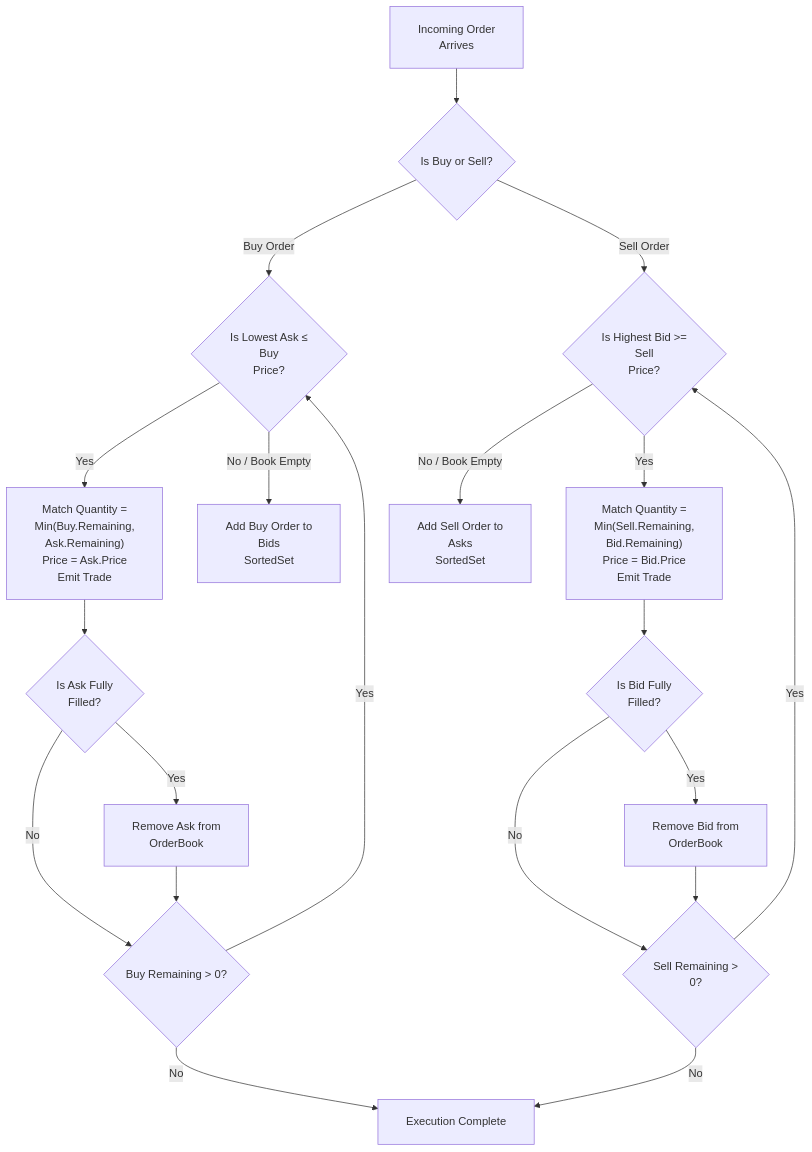
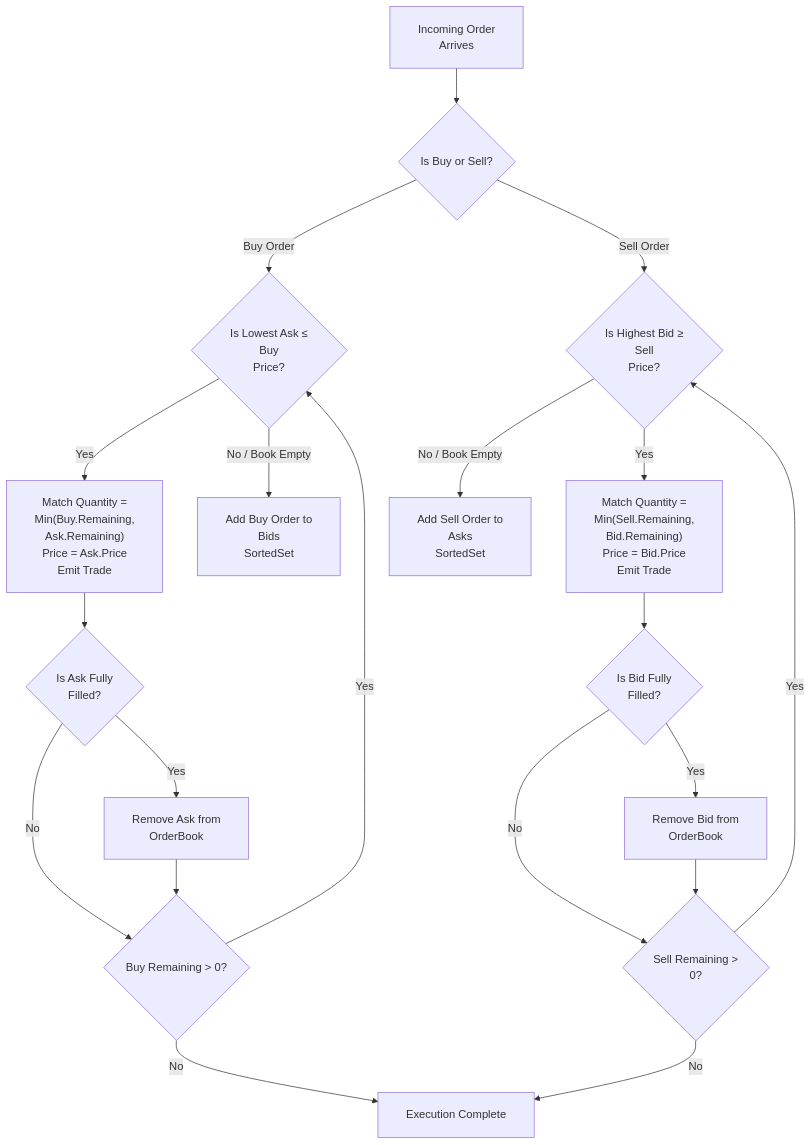
Before and after one commit to dip4k/DSA_102: the second of 2 diagrams in LLD/04_Tier4_Senior_Backend/35_Stock_Exchange_Matching_Engine.md, drawn with Mermaid. The commit also changed 147 other files, not shown here.

First line of the commit message:
feat(curriculum): enrich Weeks 01-19 instructional modules & resolve repository-wide Mermaid cutoff

````diff
--- a/LLD/04_Tier4_Senior_Backend/35_Stock_Exchange_Matching_Engine.md
+++ b/LLD/04_Tier4_Senior_Backend/35_Stock_Exchange_Matching_Engine.md
@@ -286,25 +286,25 @@
 ```mermaid
 %%{init: {"flowchart": {"htmlLabels": true, "padding": 20}, "themeCSS": "foreignObject { overflow: visible !important; }"}}%%
 flowchart TD
     Start["Incoming Order<br/>Arrives"] --> CheckSide{"Is Buy or Sell?"}
 
     CheckSide -->|Buy Order| MatchAsk{"Is Lowest Ask &le;<br/>Buy<br/>Price?"}
     MatchAsk -->|Yes| ExecBuy["Match Quantity =<br/>Min(Buy.Remaining,<br/>Ask.Remaining)<br/>Price = Ask.Price<br/>Emit Trade"]
     ExecBuy --> RemoveAsk{"Is Ask Fully<br/>Filled?"}
     RemoveAsk -->|Yes| PopAsk["Remove Ask from<br/>OrderBook"]
-    RemoveAsk -->|No| CheckRemainingBuy{"Buy Remaining > 0?"}
+    RemoveAsk -->|No| CheckRemainingBuy{"Buy Remaining &gt; 0?"}
     PopAsk --> CheckRemainingBuy
     CheckRemainingBuy -->|Yes| MatchAsk
     CheckRemainingBuy -->|No| Done["Execution Complete"]
     MatchAsk -->|No / Book Empty| AddBuyToBook["Add Buy Order to<br/>Bids<br/>SortedSet"]
 
-    CheckSide -->|Sell Order| MatchBid{"Is Highest Bid >=<br/>Sell<br/>Price?"}
+    CheckSide -->|Sell Order| MatchBid{"Is Highest Bid &ge;<br/>Sell<br/>Price?"}
     MatchBid -->|Yes| ExecSell["Match Quantity =<br/>Min(Sell.Remaining,<br/>Bid.Remaining)<br/>Price = Bid.Price<br/>Emit Trade"]
     ExecSell --> RemoveBid{"Is Bid Fully<br/>Filled?"}
     RemoveBid -->|Yes| PopBid["Remove Bid from<br/>OrderBook"]
-    RemoveBid -->|No| CheckRemainingSell{"Sell Remaining ><br/>0?"}
+    RemoveBid -->|No| CheckRemainingSell{"Sell Remaining &gt;<br/>0?"}
     PopBid --> CheckRemainingSell
     CheckRemainingSell -->|Yes| MatchBid
     CheckRemainingSell -->|No| Done
     MatchBid -->|No / Book Empty| AddSellToBook["Add Sell Order to<br/>Asks<br/>SortedSet"]
 ```
````
